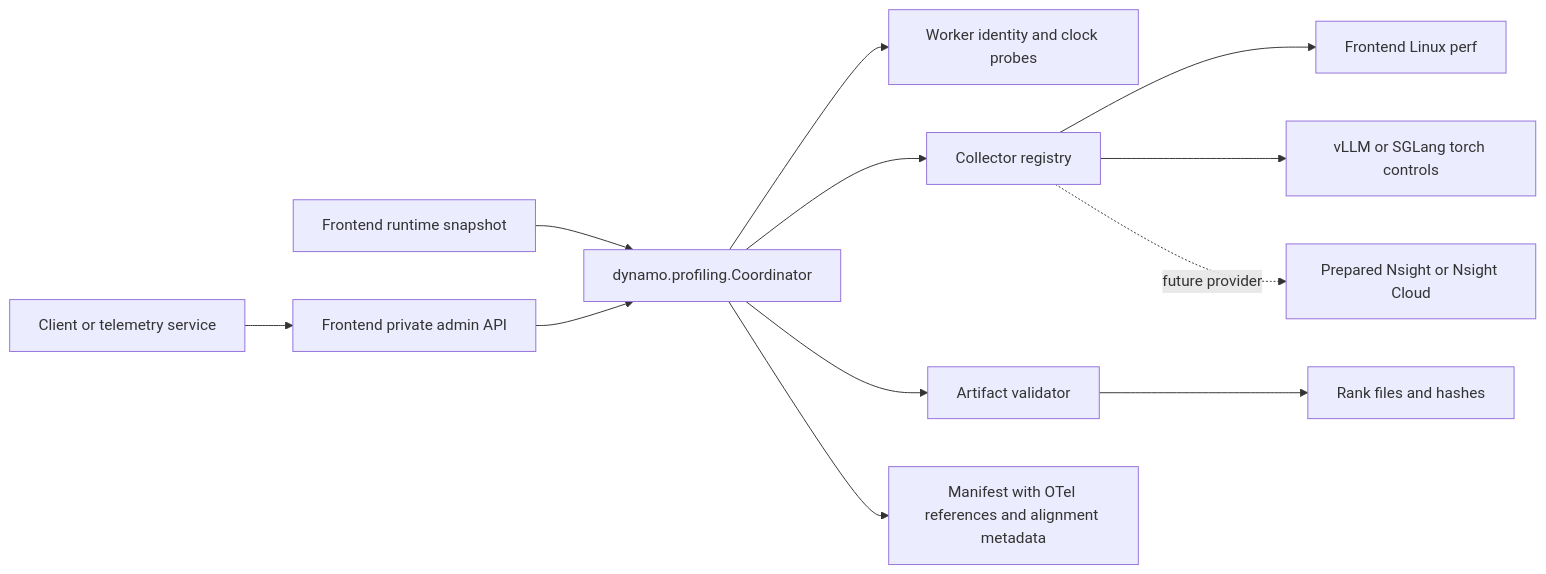
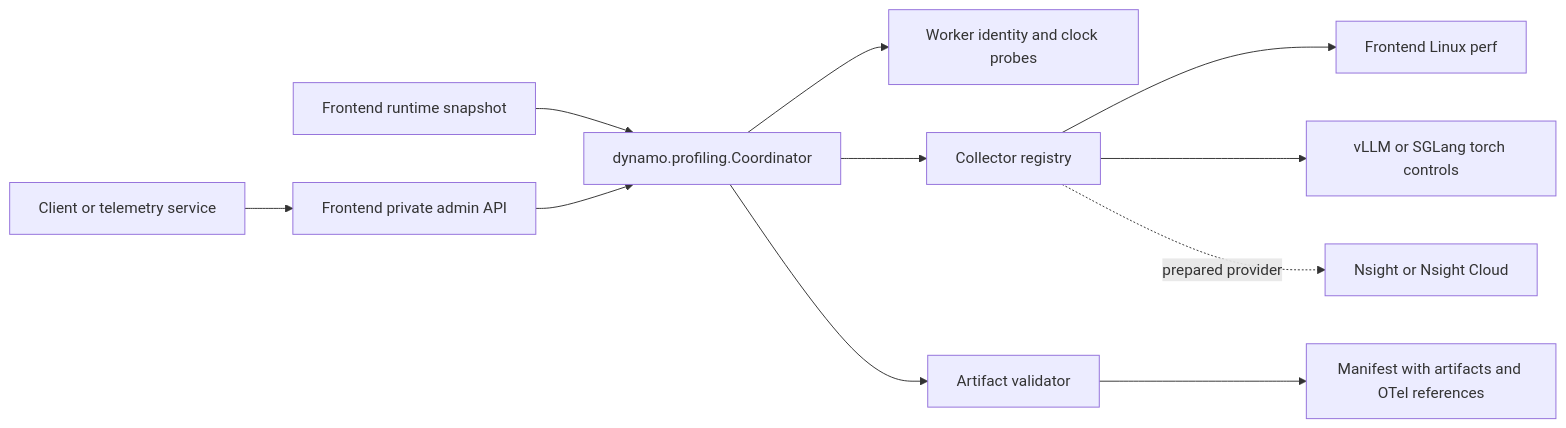
Before and after one commit to ai-dynamo/dynamo: the diagram in components/src/dynamo/profiling/DESIGN.md, drawn with Mermaid. The commit also changed other lines of this file and 3 other files, not shown here.

````diff
--- a/components/src/dynamo/profiling/DESIGN.md
+++ b/components/src/dynamo/profiling/DESIGN.md
@@ -13,14 +13,13 @@
 ```mermaid
 flowchart LR
     Client[Client or telemetry service] --> HTTP[Frontend private admin API]
     Runtime[Frontend runtime snapshot] --> Coordinator
     HTTP --> Coordinator[dynamo.profiling.Coordinator]
     Coordinator --> Clock[Worker identity and clock probes]
     Coordinator --> Registry[Collector registry]
     Registry --> Perf[Frontend Linux perf]
     Registry --> Torch[vLLM or SGLang torch controls]
-    Registry -. future provider .-> Nsight[Prepared Nsight or Nsight Cloud]
+    Registry -. prepared provider .-> Nsight[Nsight or Nsight Cloud]
     Coordinator --> Validate[Artifact validator]
-    Validate --> Files[Rank files and hashes]
-    Coordinator --> Manifest[Manifest with OTel references and alignment metadata]
+    Validate --> Manifest[Manifest with artifacts and OTel references]
 ```
````
